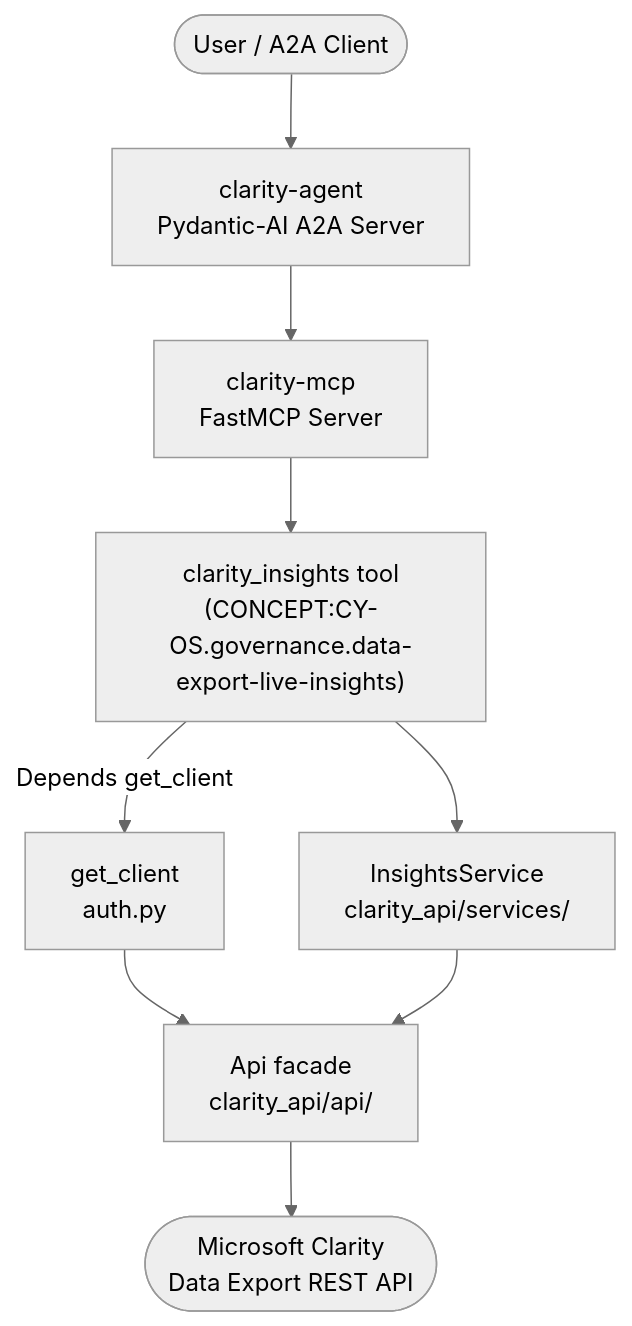
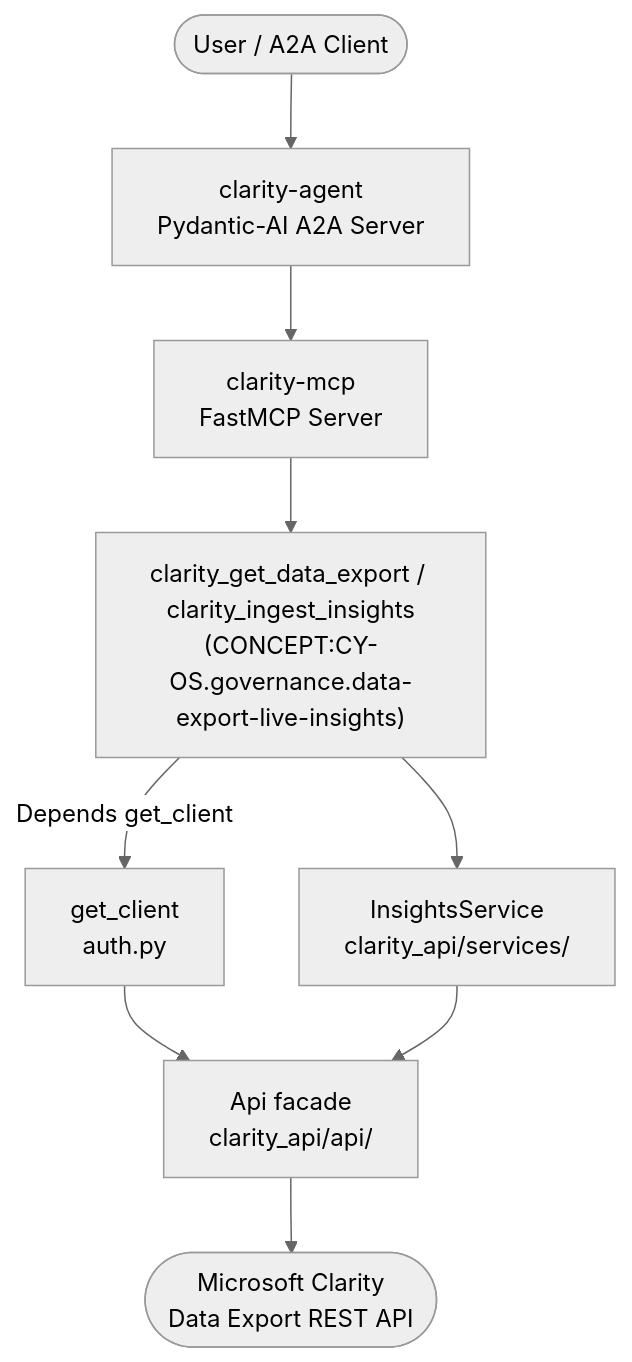
Before and after one commit to Knuckles-Team/clarity-api: the diagram in README.md, drawn with Mermaid (neutral theme). The commit also changed other lines of this file and 23 other files, not shown here.

````diff
--- a/README.md
+++ b/README.md
@@ -56,11 +56,11 @@
 ```mermaid
 graph TD
     User(["User / A2A Client"]) --> Agent["clarity-agent<br/>Pydantic-AI A2A Server"]
     Agent --> MCP["clarity-mcp<br/>FastMCP Server"]
-    MCP --> Tool["clarity_insights tool<br/>(CONCEPT:CY-OS.governance.data-export-live-insights)"]
+    MCP --> Tool["clarity_get_data_export / clarity_ingest_insights<br/>(CONCEPT:CY-OS.governance.data-export-live-insights)"]
     Tool -->|Depends get_client| Auth["get_client<br/>auth.py"]
     Tool --> Service["InsightsService<br/>clarity_api/services/"]
     Auth --> Client["Api facade<br/>clarity_api/api/"]
     Service --> Client
     Client --> Clarity(["Microsoft Clarity<br/>Data Export REST API"])
 ```
````
